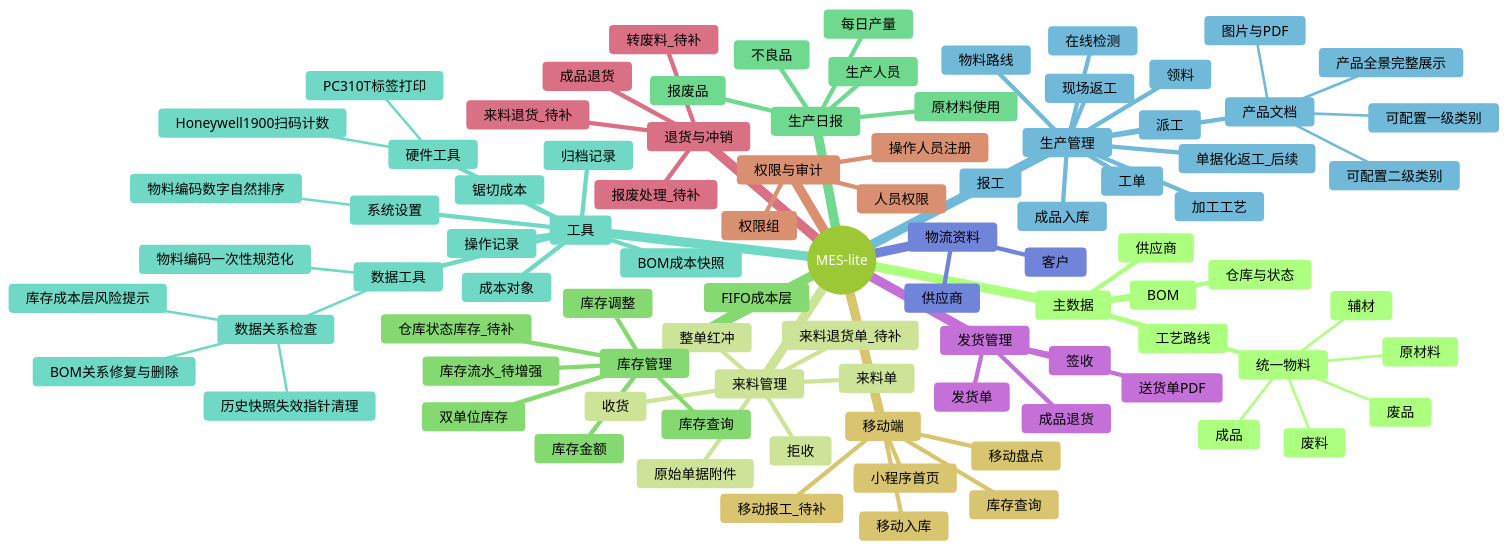
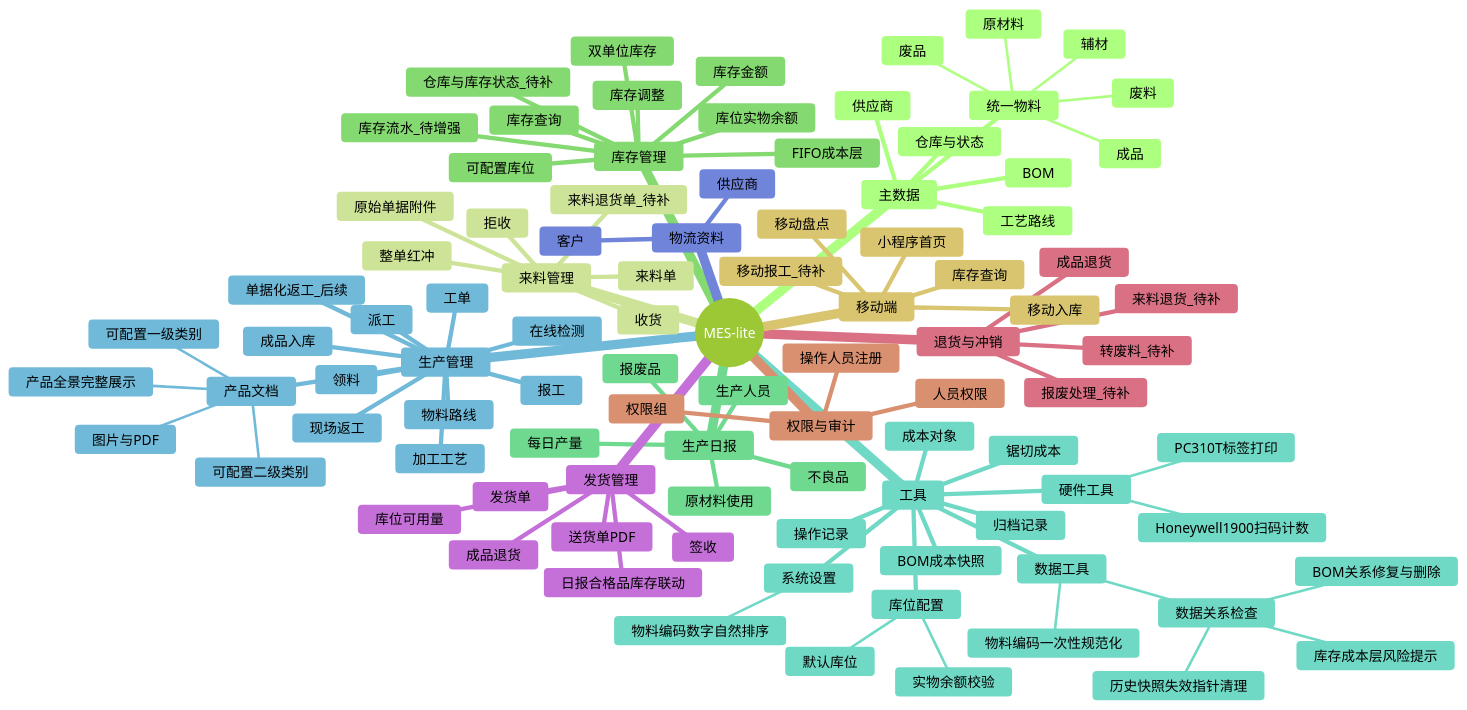
The first of 16 diagrams in docs/minierp/system-function-flow.md (goldf2/mes-lite), drawn with Mermaid (forest theme) before and after one commit. The commit also changed other lines of this file and 42 other files, not shown here.

```diff
--- a/docs/minierp/system-function-flow.md
+++ b/docs/minierp/system-function-flow.md
@@ -39,12 +40,14 @@
       来料退货单_待补
     库存管理
       库存查询
+      可配置库位
+      库位实物余额
       双单位库存
       库存金额
       FIFO成本层
       库存调整
       库存流水_待增强
-      仓库状态库存_待补
+      仓库与库存状态_待补
     生产日报
       每日产量
       不良品
@@ -68,6 +71,9 @@
           库存成本层风险提示
       系统设置
         物料编码数字自然排序
+      库位配置
+        默认库位
+        实物余额校验
     生产管理
       产品文档
         可配置一级类别
@@ -89,6 +95,8 @@
       供应商
     发货管理
       发货单
+      库位可用量
+      日报合格品库存联动
       送货单PDF
       签收
       成品退货
```
